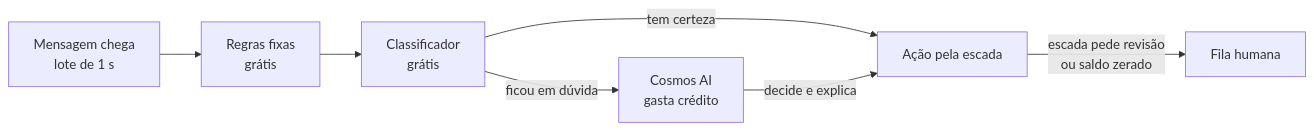
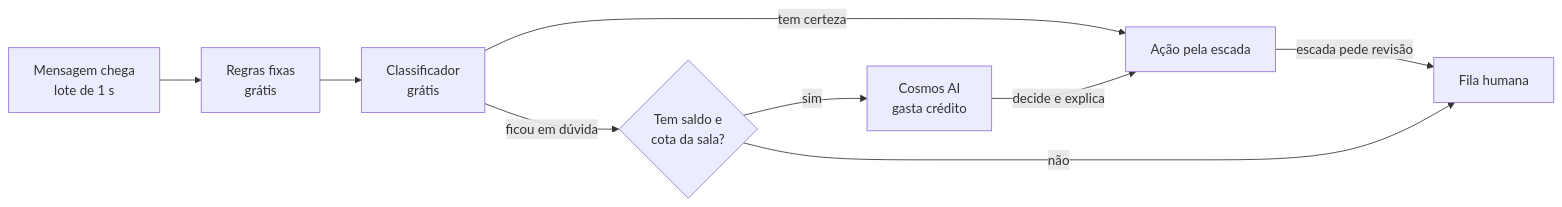
Before and after one commit to galaxie-works/galaxie-sports: the diagram in docs/estudos/cosmos-ai.md, drawn with Mermaid. The commit also changed other lines of this file, not shown here.

Commit message:
docs(cosmos-ai): checa saldo antes do modelo e corrige referências à LGPD e ao Marco Civil
Claude-Session: https://claude.ai/code/session_01EBgJduu2GJqXB3vZUXur9v

````diff
--- a/docs/estudos/cosmos-ai.md
+++ b/docs/estudos/cosmos-ai.md
@@ -84,9 +84,11 @@
 ```mermaid
 flowchart LR
   M[Mensagem chega<br/>lote de 1 s] --> R[Regras fixas<br/>grátis]
   R --> C[Classificador<br/>grátis]
   C -->|tem certeza| A[Ação pela escada]
-  C -->|ficou em dúvida| K[Cosmos AI<br/>gasta crédito]
+  C -->|ficou em dúvida| S{Tem saldo e<br/>cota da sala?}
+  S -->|sim| K[Cosmos AI<br/>gasta crédito]
+  S -->|não| F[Fila humana]
   K -->|decide e explica| A
-  A -->|escada pede revisão<br/>ou saldo zerado| F[Fila humana]
+  A -->|escada pede revisão| F
 ```
````
